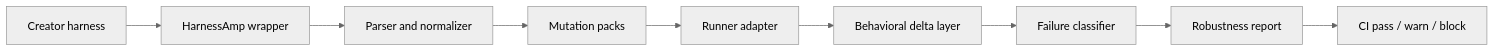
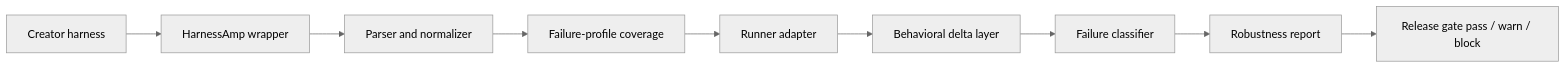
One commit to dwamenad/HarnessAmp changed the diagram in docs/architecture.md. Above: the diagram before and after it, drawn with Mermaid (neutral theme). The commit also changed other lines of this file and 1 other file, not shown here.

Commit message:
Document compatibility architecture

````diff
--- a/docs/architecture.md
+++ b/docs/architecture.md
@@ -5,11 +5,11 @@
 ```mermaid
 flowchart LR
   A["Creator harness"] --> B["HarnessAmp wrapper"]
   B --> C["Parser and normalizer"]
-  C --> D["Mutation packs"]
+  C --> D["Failure-profile coverage"]
   D --> E["Runner adapter"]
   E --> F["Behavioral delta layer"]
   F --> G["Failure classifier"]
   G --> H["Robustness report"]
-  H --> I["CI pass / warn / block"]
+  H --> I["Release gate pass / warn / block"]
 ```
````
